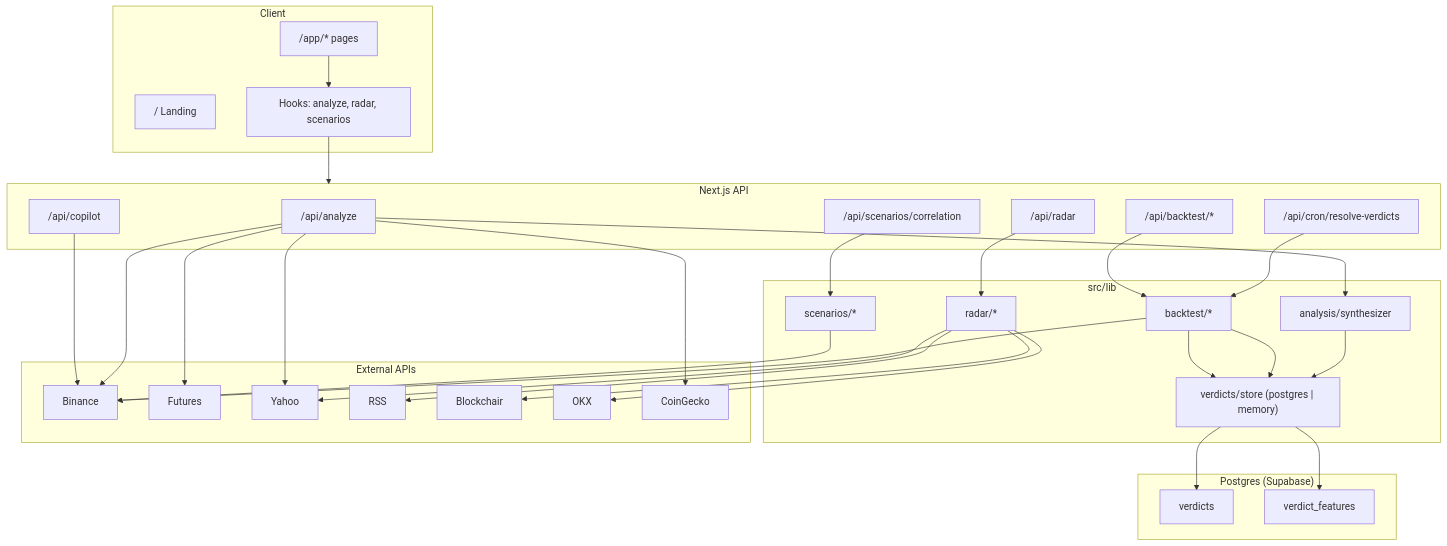
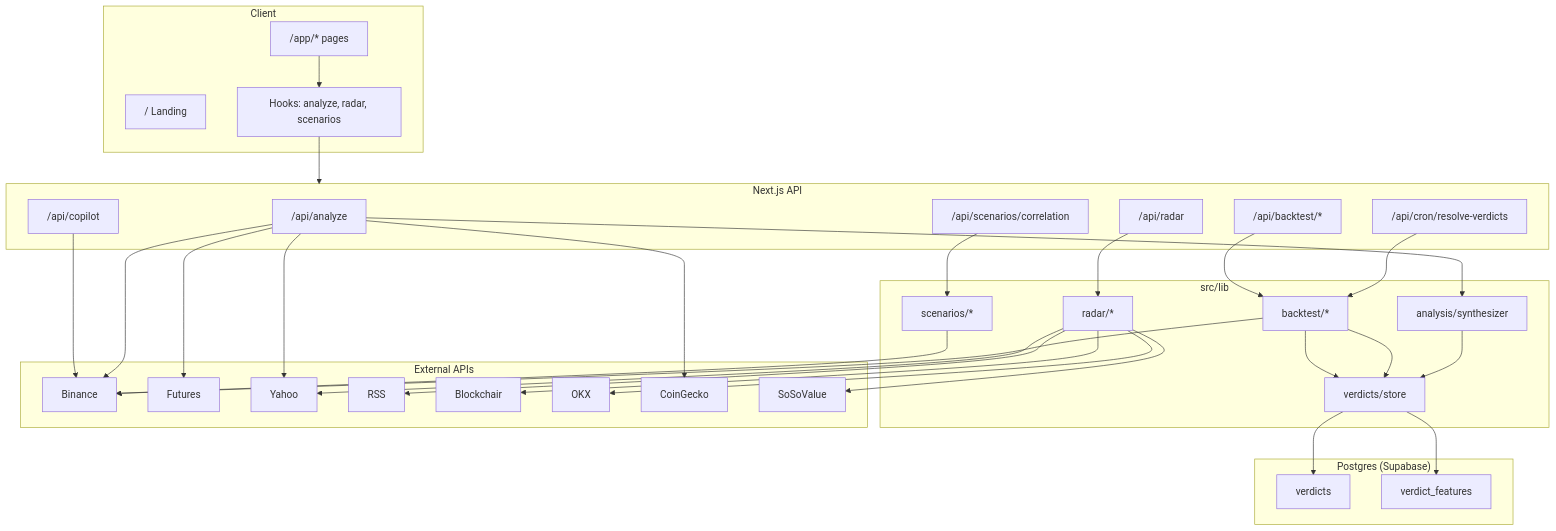
The first of 2 diagrams in docs/PROJECT.md (bistdheerendra/crypto-tracker), drawn with Mermaid before and after one commit. The commit also changed other lines of this file and 24 other files, not shown here.

````diff
--- a/docs/PROJECT.md
+++ b/docs/PROJECT.md
@@ -36,51 +61,52 @@
 ```mermaid
 flowchart TB
   subgraph Client
     Landing["/ Landing"]
     App["/app/* pages"]
     Hooks["Hooks: analyze, radar, scenarios"]
   end
 
   subgraph API["Next.js API"]
     Analyze["/api/analyze"]
     Radar["/api/radar"]
     Copilot["/api/copilot"]
     Backtest["/api/backtest/*"]
     Cron["/api/cron/resolve-verdicts"]
     Corr["/api/scenarios/correlation"]
   end
 
   subgraph Lib["src/lib"]
     Synth["analysis/synthesizer"]
-    Store["verdicts/store (postgres | memory)"]
+    Store["verdicts/store"]
     RadarLib["radar/*"]
     BT["backtest/*"]
     Scen["scenarios/*"]
   end
 
   subgraph Ext["External APIs"]
     Binance
     Futures
     Yahoo
     RSS
     Blockchair
     OKX
     CoinGecko
+    SoSoValue
   end
 
   subgraph DB["Postgres (Supabase)"]
     VerdictsTable["verdicts"]
     FeaturesTable["verdict_features"]
   end
 
   App --> Hooks --> API
   Analyze --> Synth --> Store
   Store --> VerdictsTable
   Store --> FeaturesTable
   Analyze --> Binance & Futures & Yahoo & CoinGecko
-  Radar --> RadarLib --> RSS & Blockchair & OKX & Yahoo
+  Radar --> RadarLib --> RSS & Blockchair & OKX & Yahoo & SoSoValue
   Cron --> BT --> Store & Binance
   Backtest --> BT --> Store
   Corr --> Scen --> Binance
   Copilot --> Binance
 ```
````
